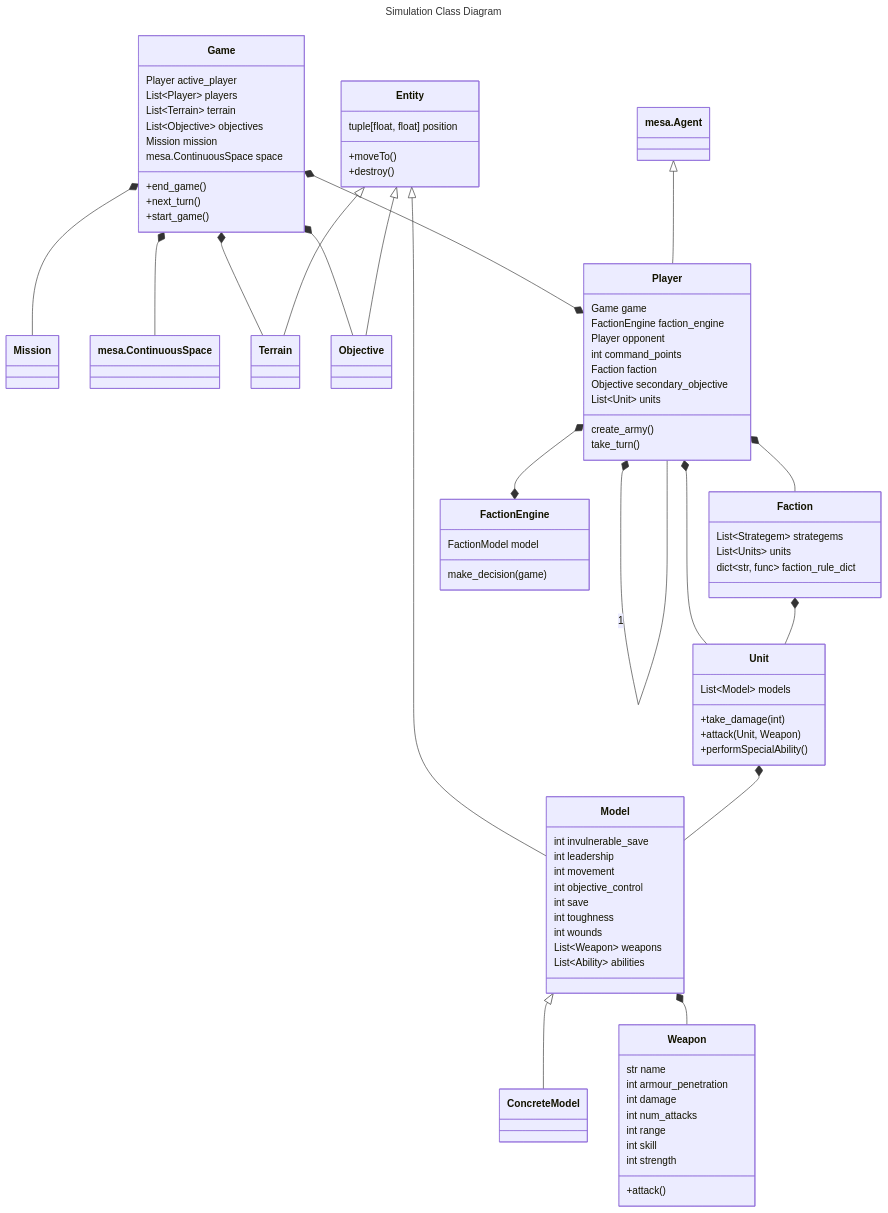
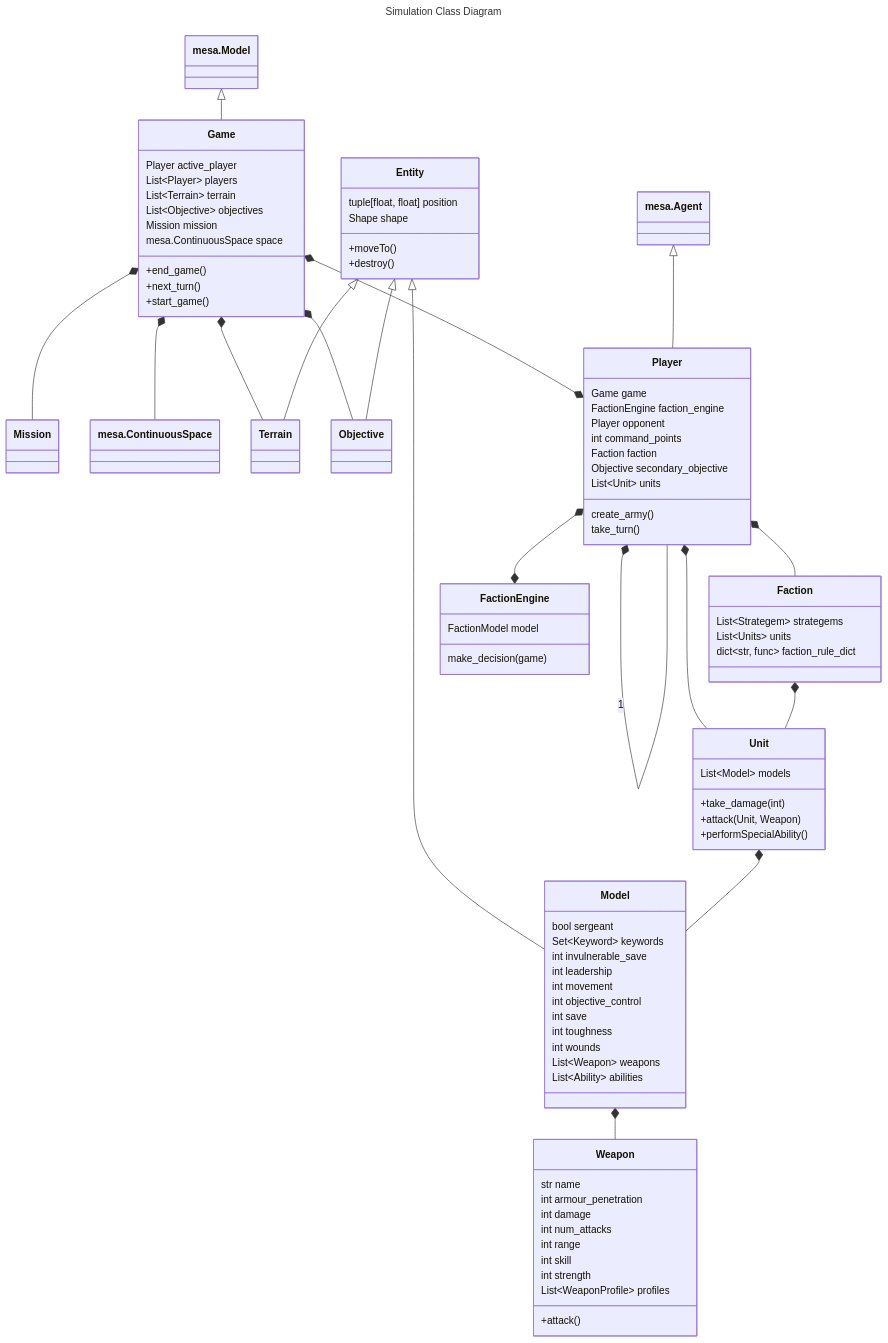
The diagram in model/diagrams/simulation_class_diagram.md (ericdrejza/omnissiah-tacticus-engine), drawn with Mermaid before and after one commit.

Commit message:
Update diagram

```diff
--- a/model/diagrams/simulation_class_diagram.md
+++ b/model/diagrams/simulation_class_diagram.md
@@ -3,6 +3,10 @@
 title: Simulation Class Diagram
 ---
 classDiagram
+
+class mesa.Model
+
+mesa.Model <|-- Game
 
 class Game {
     Player active_player
@@ -34,6 +38,7 @@
 
 class Entity {
     tuple[float, float] position
+    Shape shape
 
     +moveTo()
     +destroy()
@@ -93,6 +98,10 @@
 Unit *-- Model
 
 class Model {
+    %% info
+    bool sergeant
+    Set~Keyword~ keywords
+
     %% stat line
     int invulnerable_save
     int leadership
@@ -109,8 +118,6 @@
     List~Ability~ abilities
 }
 
-Model <|-- ConcreteModel
-
 Model *-- Weapon
 
 class Weapon {
@@ -121,6 +128,7 @@
     int range
     int skill
     int strength
+    List~WeaponProfile~ profiles
 
     +attack()
 }
```
